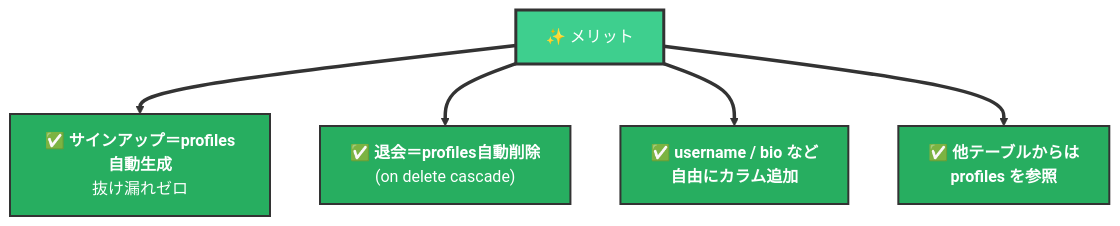
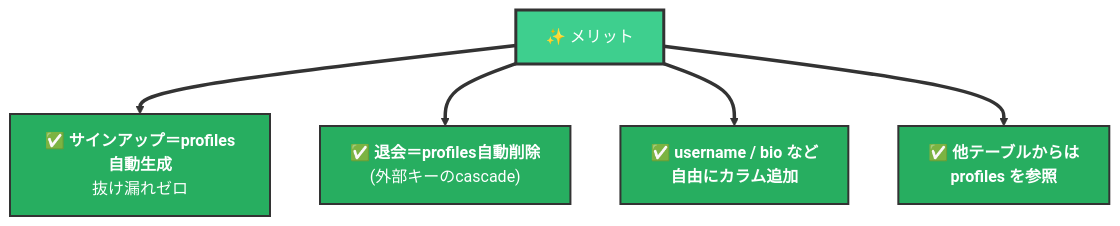
Diagram 16 of 27 in supabase/supabase.md (kasuyaofcb/tech_docs), drawn with Mermaid before and after one commit. The commit also changed other lines of this file, not shown here.

````diff
--- a/supabase/supabase.md
+++ b/supabase/supabase.md
@@ -407,13 +323,13 @@
 ```mermaid
 flowchart TB
     Q["✨ メリット"] ==> M1["✅ <b>サインアップ＝profiles自動生成</b><br/>抜け漏れゼロ"]
-    Q ==> M2["✅ <b>退会＝profiles自動削除</b><br/>(on delete cascade)"]
+    Q ==> M2["✅ <b>退会＝profiles自動削除</b><br/>(外部キーのcascade)"]
     Q ==> M3["✅ <b>username / bio など<br/>自由にカラム追加</b>"]
     Q ==> M4["✅ <b>他テーブルからは<br/>profiles を参照</b>"]
 
     style Q fill:#3ECF8E,color:#FFFFFF,stroke:#333,stroke-width:3px
     style M1 fill:#27AE60,color:#FFFFFF,stroke:#333,stroke-width:2px
     style M2 fill:#27AE60,color:#FFFFFF,stroke:#333,stroke-width:2px
     style M3 fill:#27AE60,color:#FFFFFF,stroke:#333,stroke-width:2px
     style M4 fill:#27AE60,color:#FFFFFF,stroke:#333,stroke-width:2px
 ```
````
